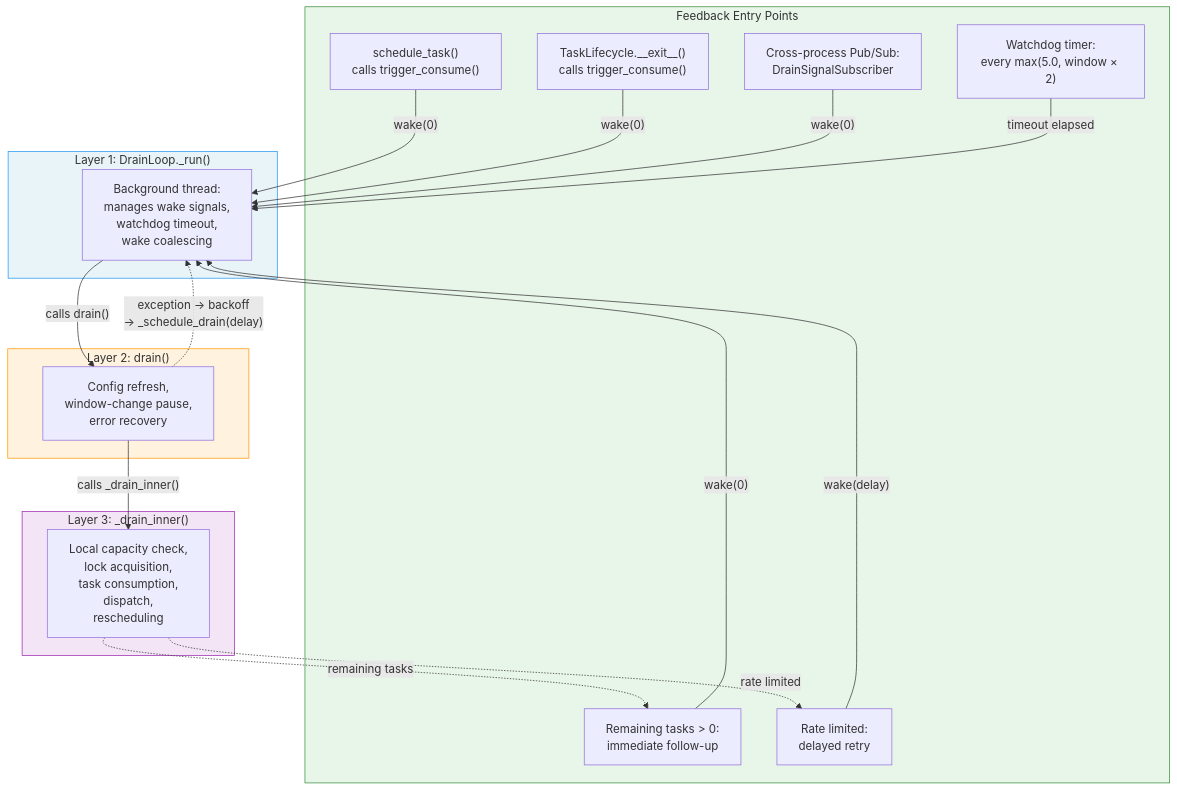
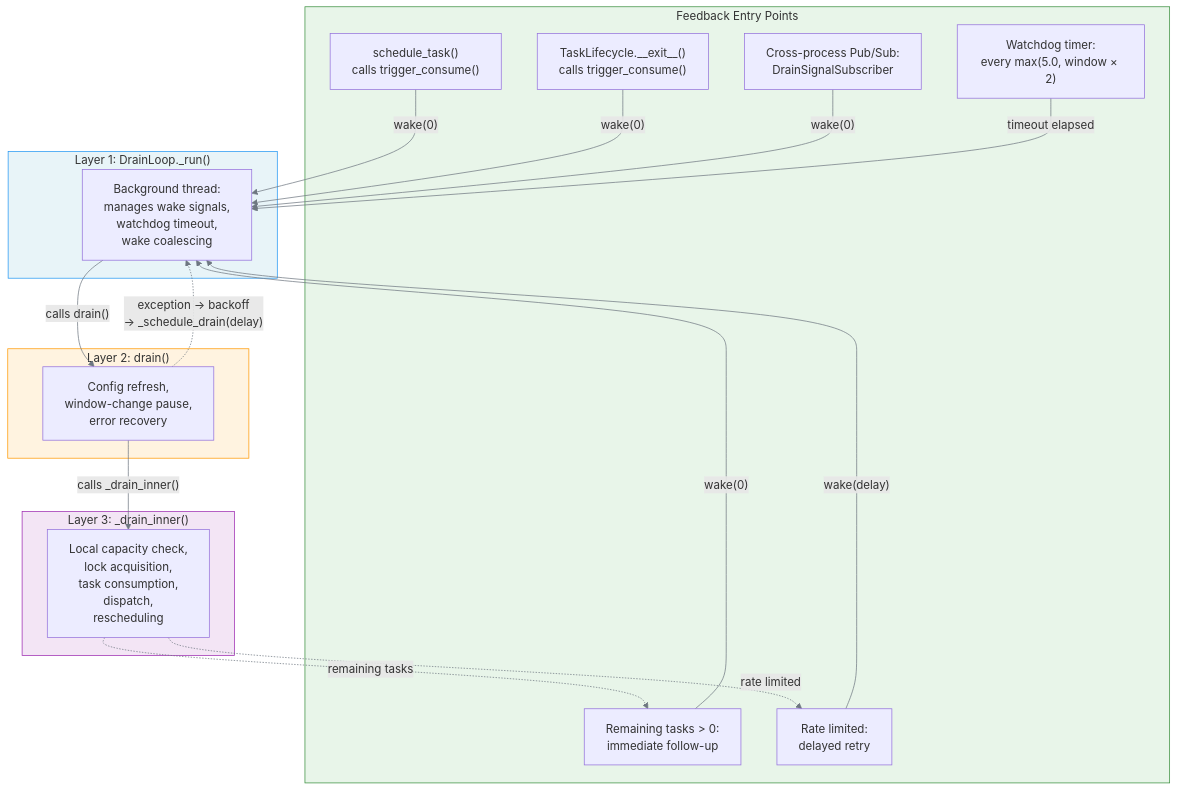
The first of 4 diagrams in docs/architecture/drain-flow.md (melroy999/redis-rate-limiter), drawn with Mermaid before and after one commit. The commit also changed other lines of this file and 20 other files, not shown here.

Commit message:
[/async] Fixed test section dividers and line breaks + darkmode colors in mermaid diagrams.

````diff
--- a/docs/architecture/drain-flow.md
+++ b/docs/architecture/drain-flow.md
@@ -7,42 +7,43 @@
 ```mermaid
+%%{init: {"theme": "default", "themeVariables": {"lineColor": "#6e7781"}}}%%
 flowchart TD
     subgraph Triggers ["Feedback Entry Points"]
-        T_SCHEDULE["schedule_task()\ncalls trigger_consume()"]
-        T_LIFECYCLE["TaskLifecycle.__exit__()\ncalls trigger_consume()"]
-        T_PUBSUB["Cross-process Pub/Sub:\nDrainSignalSubscriber"]
-        T_FOLLOWUP["Remaining tasks > 0:\nimmediate follow-up"]
-        T_RATE["Rate limited:\ndelayed retry"]
-        T_WATCHDOG["Watchdog timer:\nevery max(5.0, window × 2)"]
+        T_SCHEDULE["schedule_task()<br>calls trigger_consume()"]
+        T_LIFECYCLE["TaskLifecycle.__exit__()<br>calls trigger_consume()"]
+        T_PUBSUB["Cross-process Pub/Sub:<br>DrainSignalSubscriber"]
+        T_FOLLOWUP["Remaining tasks > 0:<br>immediate follow-up"]
+        T_RATE["Rate limited:<br>delayed retry"]
+        T_WATCHDOG["Watchdog timer:<br>every max(5.0, window × 2)"]
     end
 
     subgraph L1 ["Layer 1: DrainLoop._run()"]
-        L1_BLOCK["Background thread:\nmanages wake signals,\nwatchdog timeout,\nwake coalescing"]
+        L1_BLOCK["Background thread:<br>manages wake signals,<br>watchdog timeout,<br>wake coalescing"]
     end
 
     subgraph L2 ["Layer 2: drain()"]
-        L2_BLOCK["Config refresh,\nwindow-change pause,\nerror recovery"]
+        L2_BLOCK["Config refresh,<br>window-change pause,<br>error recovery"]
     end
 
     subgraph L3 ["Layer 3: _drain_inner()"]
-        L3_BLOCK["Local capacity check,\nlock acquisition,\ntask consumption,\ndispatch,\nrescheduling"]
+        L3_BLOCK["Local capacity check,<br>lock acquisition,<br>task consumption,<br>dispatch,<br>rescheduling"]
     end
 
     T_SCHEDULE -- "wake(0)" --> L1_BLOCK
     T_LIFECYCLE -- "wake(0)" --> L1_BLOCK
     T_PUBSUB -- "wake(0)" --> L1_BLOCK
     T_FOLLOWUP -- "wake(0)" --> L1_BLOCK
     T_RATE -- "wake(delay)" --> L1_BLOCK
     T_WATCHDOG -- "timeout elapsed" --> L1_BLOCK
 
     L1_BLOCK -- "calls drain()" --> L2_BLOCK
     L2_BLOCK -- "calls _drain_inner()" --> L3_BLOCK
 
     L3_BLOCK -. "remaining tasks" .-> T_FOLLOWUP
     L3_BLOCK -. "rate limited" .-> T_RATE
-    L2_BLOCK -. "exception → backoff\n→ _schedule_drain(delay)" .-> L1_BLOCK
+    L2_BLOCK -. "exception → backoff<br>→ _schedule_drain(delay)" .-> L1_BLOCK
 
     style Triggers fill:#e8f5e9,stroke:#388E3C
     style L1 fill:#e8f4f8,stroke:#2196F3
     style L2 fill:#fff3e0,stroke:#FF9800
     style L3 fill:#f3e5f5,stroke:#9C27B0
 ```
````
